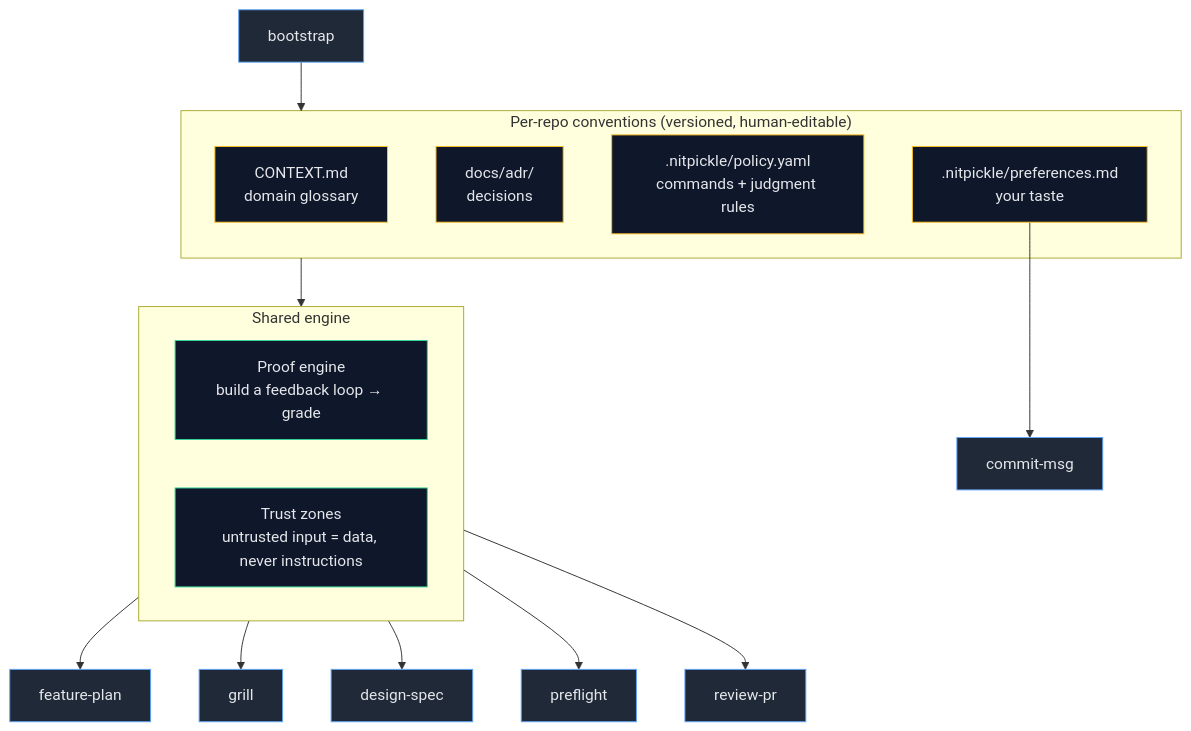
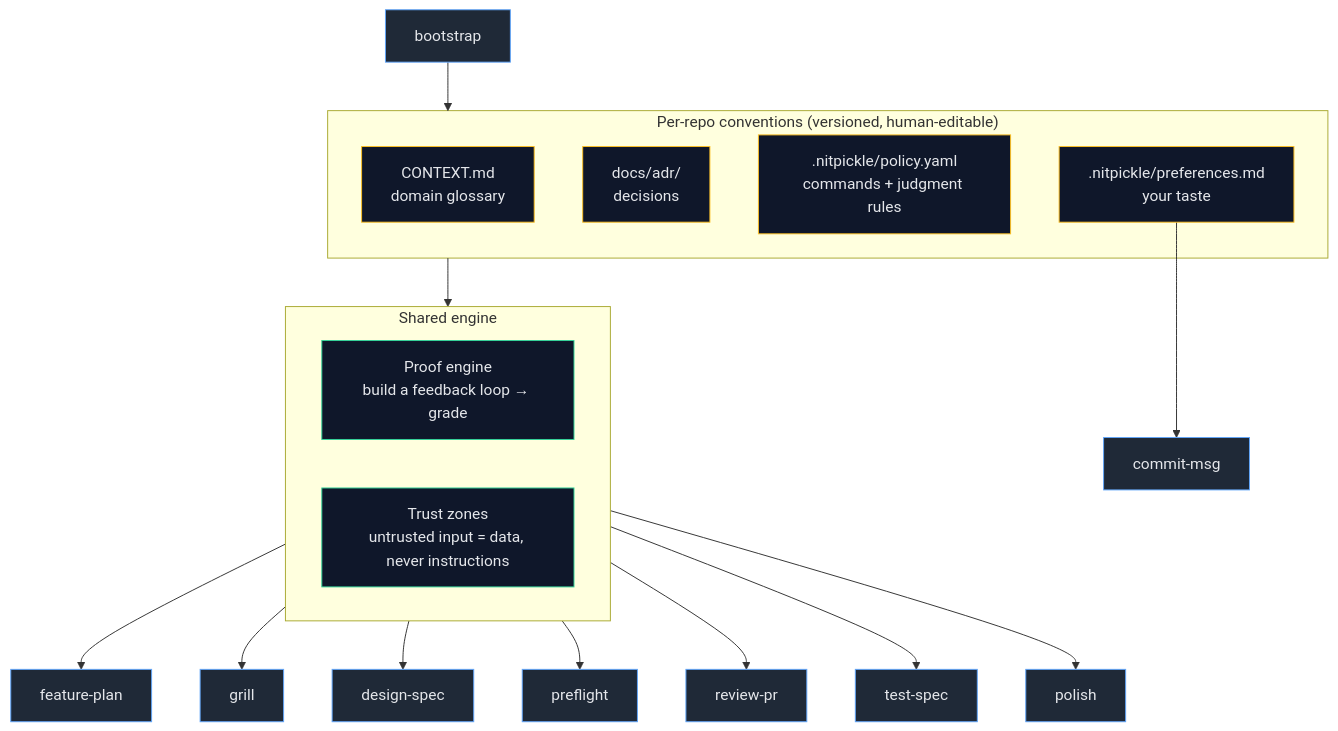
The fourth of 5 diagrams in README.md (powerslider/nitpickle), drawn with Mermaid before and after one commit. The commit also changed other lines of this file and 12 other files, not shown here.

First line of the commit message:
feat(test-spec): add proof-driven test authorship skill

````diff
--- a/README.md
+++ b/README.md
@@ -384,30 +425,32 @@
 ```mermaid
 flowchart TB
     subgraph Inputs["Per-repo conventions (versioned, human-editable)"]
         CTX[CONTEXT.md<br/>domain glossary]
         ADR[docs/adr/<br/>decisions]
         POL[.nitpickle/policy.yaml<br/>commands + judgment rules]
         PRF[.nitpickle/preferences.md<br/>your taste]
     end
 
     subgraph Engine["Shared engine"]
         PROOF[Proof engine<br/>build a feedback loop → grade]
         TRUST[Trust zones<br/>untrusted input = data, never instructions]
     end
 
     Inputs --> Engine
     Engine --> S1[feature-plan]
     Engine --> S2[grill]
     Engine --> S3[design-spec]
     Engine --> S4[preflight]
     Engine --> S5[review-pr]
+    Engine --> S7[test-spec]
+    Engine --> S8[polish]
     PRF --> S6[commit-msg]
     BST[bootstrap] --> Inputs
 
     classDef in fill:#0f172a,stroke:#fbbf24,color:#e5e7eb
     classDef eng fill:#0f172a,stroke:#34d399,color:#e5e7eb
     classDef s fill:#1f2937,stroke:#60a5fa,color:#e5e7eb
     class CTX,ADR,POL,PRF in
     class PROOF,TRUST eng
-    class S1,S2,S3,S4,S5,S6,BST s
+    class S1,S2,S3,S4,S5,S6,S7,S8,BST s
 ```
````
